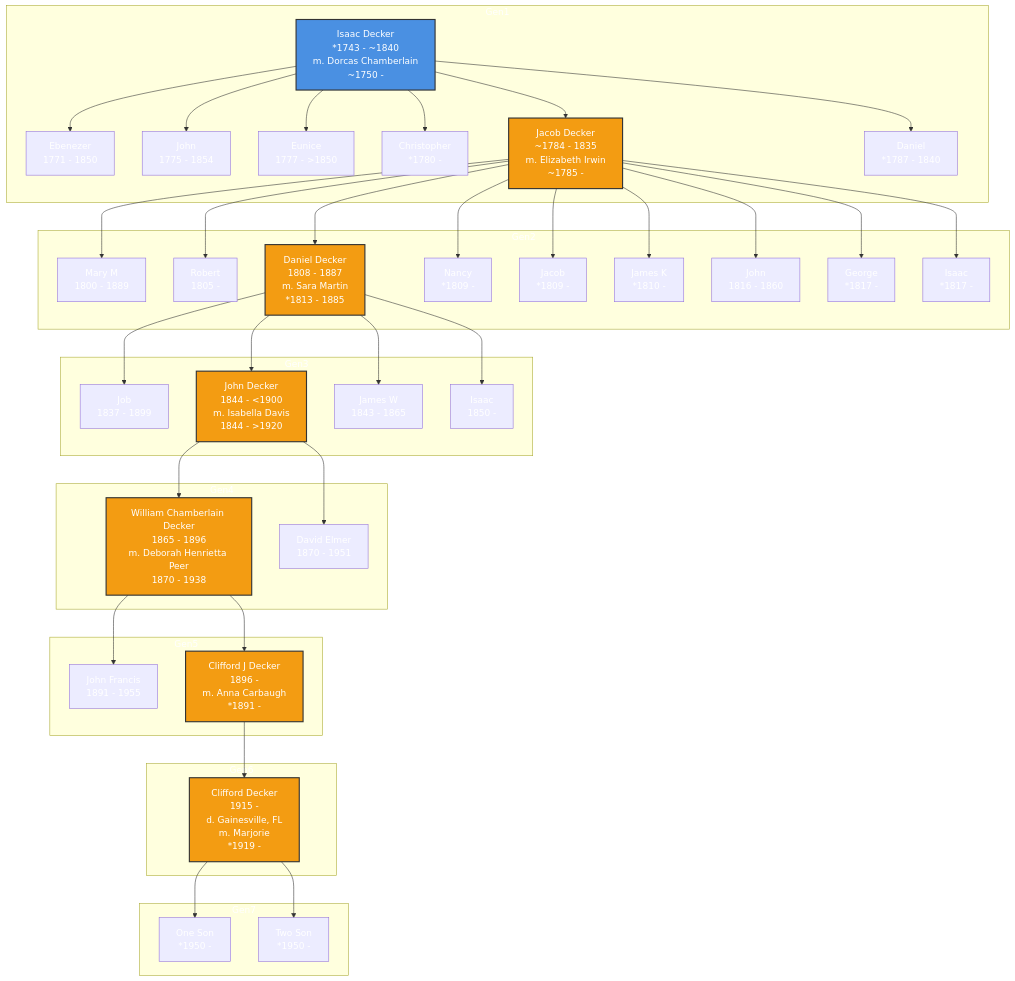
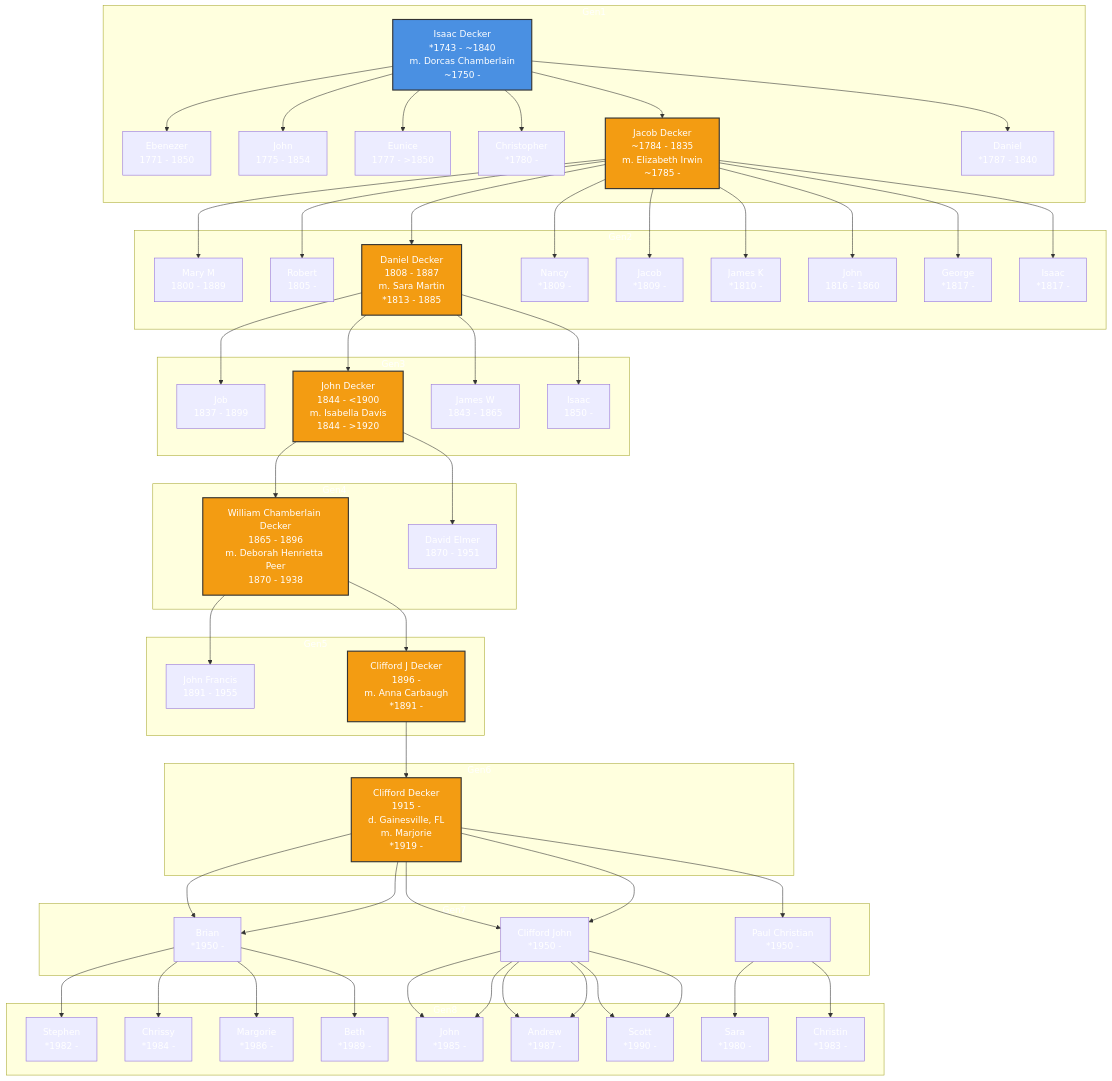
Before and after one commit to Deck-J/geneology: the diagram in README.md, drawn with Mermaid.

````diff
--- a/README.md
+++ b/README.md
@@ -5,53 +5,74 @@
 ```mermaid
 graph TD
     subgraph Gen1
         A[Isaac Decker<br>*1743 - ~1840<br>m. Dorcas Chamberlain<br>~1750 - ]:::root
         A --> B[Ebenezer<br>1771 - 1850]
         A --> C[John<br>1775 - 1854]
         A --> D[Eunice<br>1777 - >1850]
         A --> E[Christopher<br>*1780 - ]
         A --> F[Jacob Decker<br>~1784 - 1835<br>m. Elizabeth Irwin<br>~1785 - ]:::direct
         A --> G[Daniel<br>*1787 - 1840]
     end
 
     subgraph Gen2
         F --> H[Mary M<br>1800 - 1889]
         F --> I[Robert<br>1805 - ]
         F --> J[Daniel Decker<br>1808 - 1887<br>m. Sara Martin<br>*1813 - 1885]:::direct
         F --> K[Nancy<br>*1809 - ]
         F --> L[Jacob<br>*1809 - ]
         F --> M[James K<br>*1810 - ]
         F --> N[John<br>1816 - 1860]
         F --> O[George<br>*1817 - ]
         F --> P[Isaac<br>*1817 - ]
     end
 
     subgraph Gen3
         J --> Q[Job<br>1837 - 1899]
         J --> R[John Decker<br>1844 - <1900<br>m. Isabella Davis<br>1844 - >1920]:::direct
         J --> S[James W<br>1843 - 1865]
         J --> T[Isaac<br>1850 - ]
     end
 
     subgraph Gen4
         R --> U[William Chamberlain Decker<br>1865 - 1896<br>m. Deborah Henrietta Peer<br>1870 - 1938]:::direct
         R --> V[David Elmer<br>1870 - 1951]
     end
 
     subgraph Gen5
         U --> W[John Francis<br>1891 - 1955]
         U --> X[Clifford J Decker<br>1896 - <br>m. Anna Carbaugh<br>*1891 - ]:::direct
     end
 
     subgraph Gen6
         X --> Y[Clifford Decker<br>1915 - <br>d. Gainesville, FL<br>m. Marjorie<br>*1919 - ]:::direct
     end
 
     subgraph Gen7
-        Y --> Z1[One Son<br>*1950 - ]
-        Y --> Z2[Two Son<br>*1950 - ]
+        Y --> Z3[Brian Decker<br>*1950 - 2023]
+        Y --> Z1[Paul Christian<br>*1950 - ]
+    end
+
+    subgraph Gen7
+        Y --> Z2[Clifford John<br>*1950 - ]
+    end
+
+    subgraph Gen8
+        Z3 --> AF[Stephen<br>*1982 - ]
+        Z3 --> AG[Chrissy<br>*1984 - ]
+        Z3 --> AH[Margorie<br>*1986 - ]
+        Z3 --> AI[Beth<br>*1989 - ]
+        Z2 --> AC[John<br>*1985 - ]
+        Z2 --> AD[Andrew<br>*1987 - ]
+        Z2 --> AE[Scott<br>*1990 - ]
+        Z2 --> AC[John<br>*1985 - ]
+        Z2 --> AD[Andrew<br>*1987 - ]
+        Z2 --> AE[Scott<br>*1990 - ]
+        Z1 --> AA[Sara<br>*1980 - ]
+        Z1 --> AB[Christin<br>*1983 - ]
+        Y --> Z2[Clifford John<br>*1950 - ]
+        Y --> Z3[Brian<br>*1950 - ]
     end
 
     classDef root fill:#4A90E2,stroke:#333,stroke-width:2px,color:#FFF;
     classDef direct fill:#F39C12,stroke:#333,stroke-width:2px,color:#FFF;
 ```
````
